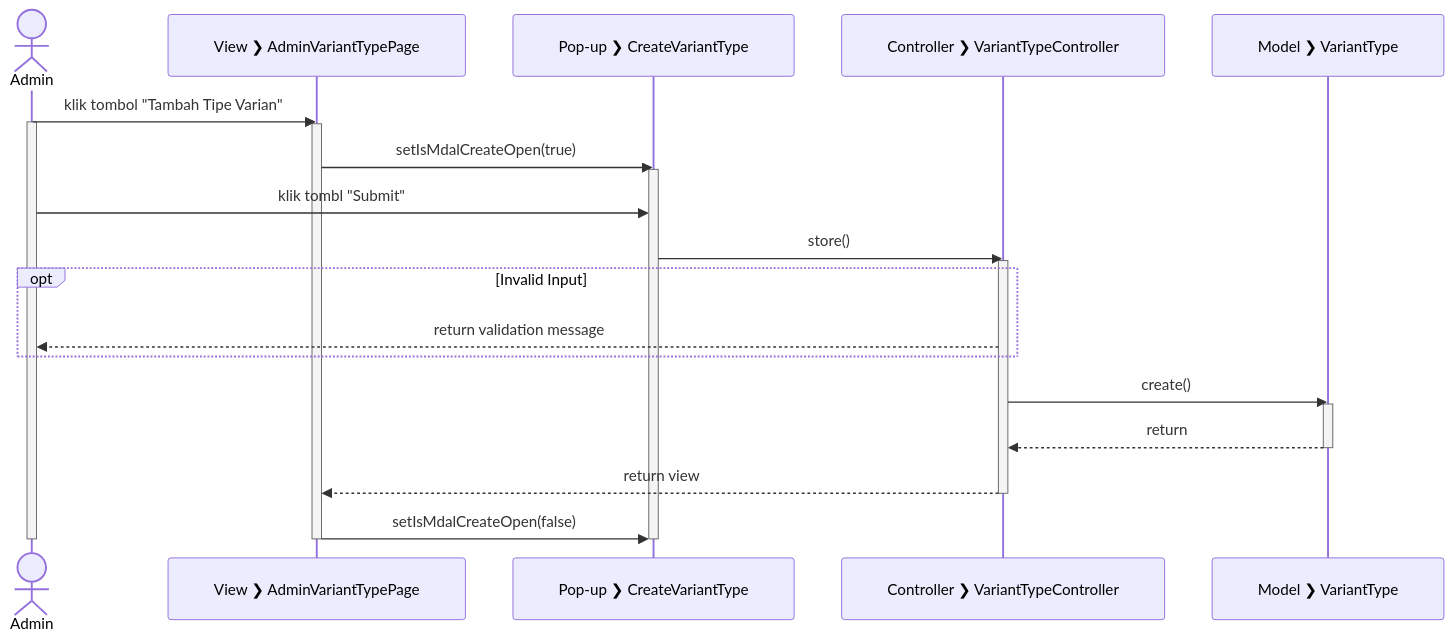
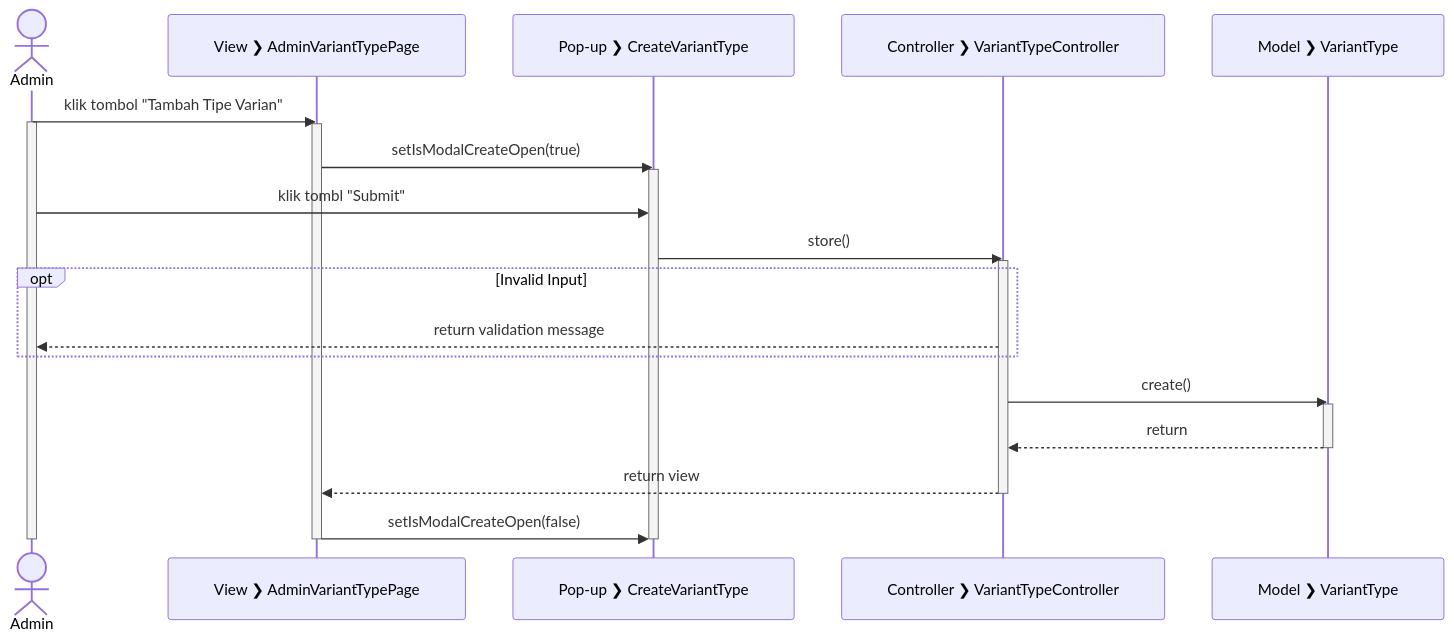
The diagram in sequence/CreateAdminVariantType.mmd (rizalgrandonk/salesprint-diagrams), drawn with Mermaid before and after one commit. The commit also changed 11 other files, not shown here.

```diff
--- a/sequence/CreateAdminVariantType.mmd
+++ b/sequence/CreateAdminVariantType.mmd
@@ -1,44 +1,44 @@
 sequenceDiagram
   actor Admin
   participant V_AVTP as View #10095; AdminVariantTypePage
   participant P_CVT as Pop-up #10095; CreateVariantType
   participant C_VT as Controller #10095; VariantTypeController
   participant M_VT as Model #10095; VariantType
 
   Admin->>V_AVTP: klik tombol "Tambah Tipe Varian"
   
   activate Admin
 
   activate V_AVTP
 
-  V_AVTP->>P_CVT: setIsMdalCreateOpen(true)
+  V_AVTP->>P_CVT: setIsModalCreateOpen(true)
 
   activate P_CVT
 
   Admin->>P_CVT: klik tombl "Submit"
   P_CVT->>C_VT: store()
 
   activate C_VT
 
   opt Invalid Input
     C_VT-->>Admin: return validation message
   end
 
   C_VT->>M_VT: create()
   
   activate M_VT
   
   M_VT-->>C_VT: return
 
   deactivate M_VT
 
   C_VT-->>V_AVTP: return view
 
   deactivate C_VT
   
-  V_AVTP->>P_CVT: setIsMdalCreateOpen(false)
+  V_AVTP->>P_CVT: setIsModalCreateOpen(false)
 
   deactivate P_CVT
   deactivate V_AVTP
   
   deactivate Admin
```
